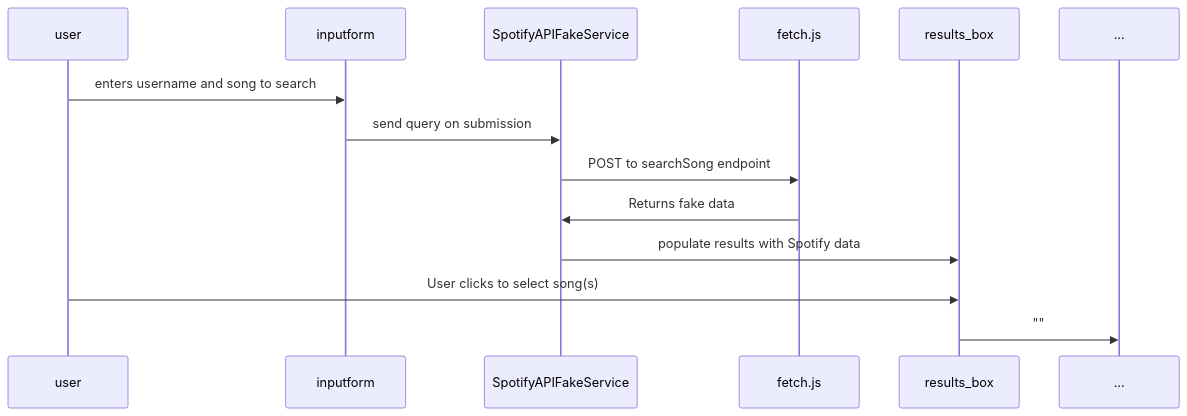
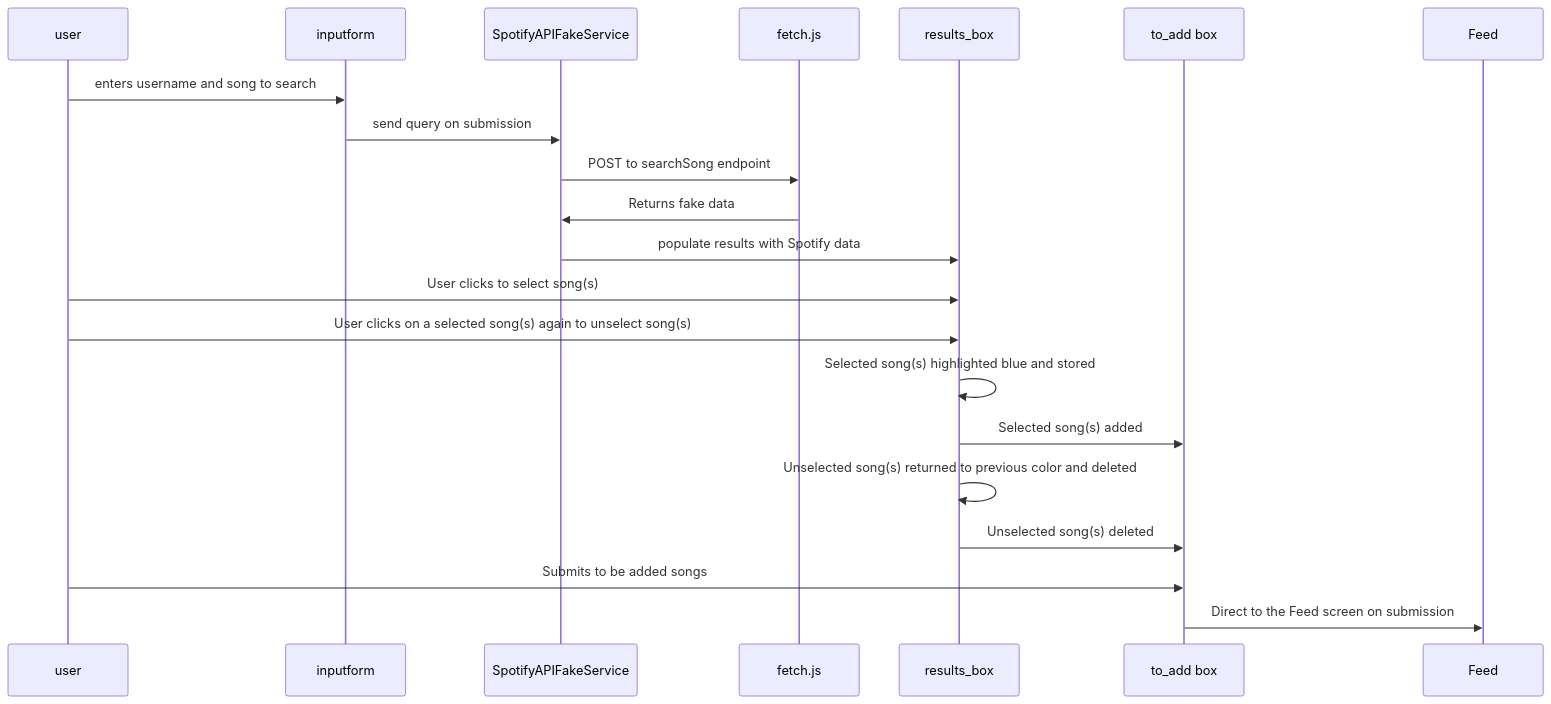
Before and after one commit to lucyzhang04/326Project: the diagram in team/m3/elijah-sippel/feature-sequence-diagram.md, drawn with Mermaid.

Commit message:
Update feature-sequence-diagram with Mai's changes

````diff
--- a/team/m3/elijah-sippel/feature-sequence-diagram.md
+++ b/team/m3/elijah-sippel/feature-sequence-diagram.md
@@ -2,10 +2,16 @@
 ```mermaid
 sequenceDiagram
-  user->>inputform: enters username and song to search
-  inputform ->> SpotifyAPIFakeService: send query on submission
-  SpotifyAPIFakeService ->> fetch.js: POST to searchSong endpoint
-  fetch.js ->> SpotifyAPIFakeService: Returns fake data
-  SpotifyAPIFakeService ->> results_box: populate results with Spotify data
-  user ->> results_box: User clicks to select song(s)
-  results_box ->> ...: ""
+  user->>inputform: enters username and song to search
+  inputform ->> SpotifyAPIFakeService: send query on submission
+  SpotifyAPIFakeService ->> fetch.js: POST to searchSong endpoint
+  fetch.js ->> SpotifyAPIFakeService: Returns fake data
+  SpotifyAPIFakeService ->> results_box: populate results with Spotify data
+  user ->> results_box: User clicks to select song(s)
+  user ->> results_box: User clicks on a selected song(s) again to unselect song(s)
+  results_box ->> results_box : Selected song(s) highlighted blue and stored
+  results_box->>to_add box: Selected song(s) added 
+  results_box ->> results_box : Unselected song(s) returned to previous color and deleted
+  results_box ->> to_add box: Unselected song(s) deleted
+  user ->> to_add box: Submits to be added songs
+  to_add box ->> Feed: Direct to the Feed screen on submission
 ```
````
